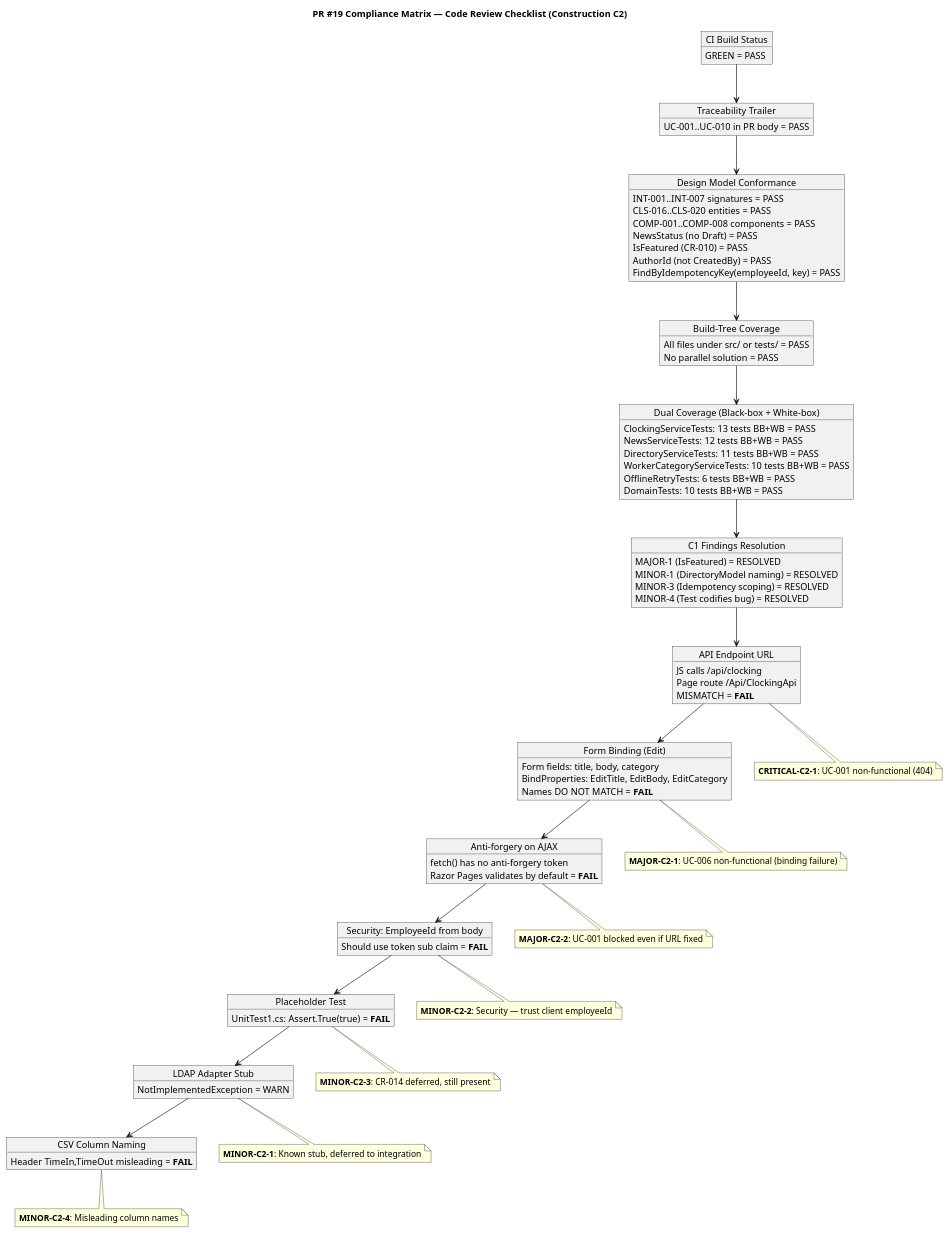
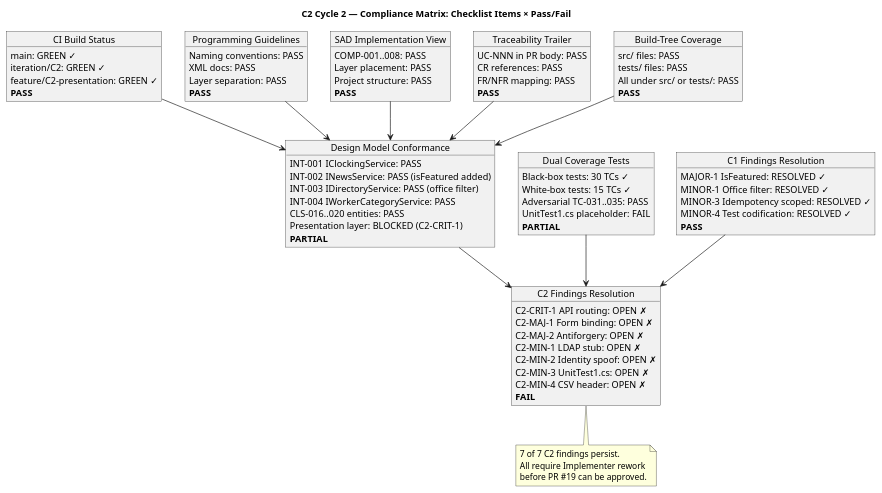
One commit to banense-test/portal-cuba-corp changed the first of 3 diagrams in docs/artifacts/project-management/review-record.md. Above: the diagram before and after it, drawn with PlantUML. The commit also changed other lines of this file, not shown here.

First line of the commit message:
Reviewer [C2]: upsert Review Record

````diff
--- a/docs/artifacts/project-management/review-record.md
+++ b/docs/artifacts/project-management/review-record.md
@@ -49,91 +87,96 @@
 ```plantuml
 @startuml
-title PR #19 Compliance Matrix — Code Review Checklist (Construction C2)
+title C2 Cycle 2 — Compliance Matrix: Checklist Items × Pass/Fail
 
 skinparam classAttributeIconSize 0
 skinparam monochrome false
-skinparam shadowing false
 
 object "CI Build Status" as CI {
-  GREEN = PASS
-}
-object "Traceability Trailer" as TT {
-  UC-001..UC-010 in PR body = PASS
-}
-object "Design Model Conformance" as DM {
-  INT-001..INT-007 signatures = PASS
-  CLS-016..CLS-020 entities = PASS
-  COMP-001..COMP-008 components = PASS
-  NewsStatus (no Draft) = PASS
-  IsFeatured (CR-010) = PASS
-  AuthorId (not CreatedBy) = PASS
-  FindByIdempotencyKey(employeeId, key) = PASS
-}
-object "Build-Tree Coverage" as BT {
-  All files under src/ or tests/ = PASS
-  No parallel solution = PASS
-}
-object "Dual Coverage (Black-box + White-box)" as DC {
-  ClockingServiceTests: 13 tests BB+WB = PASS
-  NewsServiceTests: 12 tests BB+WB = PASS
-  DirectoryServiceTests: 11 tests BB+WB = PASS
-  WorkerCategoryServiceTests: 10 tests BB+WB = PASS
-  OfflineRetryTests: 6 tests BB+WB = PASS
-  DomainTests: 10 tests BB+WB = PASS
-}
-object "C1 Findings Resolution" as C1F {
-  MAJOR-1 (IsFeatured) = RESOLVED
-  MINOR-1 (DirectoryModel naming) = RESOLVED
-  MINOR-3 (Idempotency scoping) = RESOLVED
-  MINOR-4 (Test codifies bug) = RESOLVED
-}
-object "API Endpoint URL" as URL {
-  JS calls /api/clocking
-  Page route /Api/ClockingApi
-  MISMATCH = **FAIL**
-}
-object "Form Binding (Edit)" as FB {
-  Form fields: title, body, category
-  BindProperties: EditTitle, EditBody, EditCategory
-  Names DO NOT MATCH = **FAIL**
-}
-object "Anti-forgery on AJAX" as AF {
-  fetch() has no anti-forgery token
-  Razor Pages validates by default = **FAIL**
-}
-object "Security: EmployeeId from body" as SEC {
-  Should use token sub claim = **FAIL**
-}
-object "Placeholder Test" as PT {
-  UnitTest1.cs: Assert.True(true) = **FAIL**
-}
-object "LDAP Adapter Stub" as LDAP {
-  NotImplementedException = WARN
-}
-object "CSV Column Naming" as CSV {
-  Header TimeIn,TimeOut misleading = **FAIL**
+  main: GREEN ✓
+  iteration/C2: GREEN ✓
+  feature/C2-presentation: GREEN ✓
+  **PASS**
 }
 
-CI --> TT
-TT --> DM
-DM --> BT
-BT --> DC
-DC --> C1F
-C1F --> URL
-URL --> FB
-FB --> AF
-AF --> SEC
-SEC --> PT
-PT --> LDAP
-LDAP --> CSV
+object "Programming Guidelines" as PG {
+  Naming conventions: PASS
+  XML docs: PASS
+  Layer separation: PASS
+  **PASS**
+}
 
-note bottom of URL : **CRITICAL-C2-1**: UC-001 non-functional (404)
-note bottom of FB : **MAJOR-C2-1**: UC-006 non-functional (binding failure)
-note bottom of AF : **MAJOR-C2-2**: UC-001 blocked even if URL fixed
-note bottom of SEC : **MINOR-C2-2**: Security — trust client employeeId
-note bottom of PT : **MINOR-C2-3**: CR-014 deferred, still present
-note bottom of LDAP : **MINOR-C2-1**: Known stub, deferred to integration
-note bottom of CSV : **MINOR-C2-4**: Misleading column names
+object "Dual Coverage Tests" as DCT {
+  Black-box tests: 30 TCs ✓
+  White-box tests: 15 TCs ✓
+  Adversarial TC-031..035: PASS
+  UnitTest1.cs placeholder: FAIL
+  **PARTIAL**
+}
+
+object "Design Model Conformance" as DMC {
+  INT-001 IClockingService: PASS
+  INT-002 INewsService: PASS (isFeatured added)
+  INT-003 IDirectoryService: PASS (office filter)
+  INT-004 IWorkerCategoryService: PASS
+  CLS-016..020 entities: PASS
+  Presentation layer: BLOCKED (C2-CRIT-1)
+  **PARTIAL**
+}
+
+object "SAD Implementation View" as SAD {
+  COMP-001..008: PASS
+  Layer placement: PASS
+  Project structure: PASS
+  **PASS**
+}
+
+object "Traceability Trailer" as TT {
+  UC-NNN in PR body: PASS
+  CR references: PASS
+  FR/NFR mapping: PASS
+  **PASS**
+}
+
+object "Build-Tree Coverage" as BTC {
+  src/ files: PASS
+  tests/ files: PASS
+  All under src/ or tests/: PASS
+  **PASS**
+}
+
+object "C1 Findings Resolution" as C1R {
+  MAJOR-1 IsFeatured: RESOLVED ✓
+  MINOR-1 Office filter: RESOLVED ✓
+  MINOR-3 Idempotency scoped: RESOLVED ✓
+  MINOR-4 Test codification: RESOLVED ✓
+  **PASS**
+}
+
+object "C2 Findings Resolution" as C2R {
+  C2-CRIT-1 API routing: OPEN ✗
+  C2-MAJ-1 Form binding: OPEN ✗
+  C2-MAJ-2 Antiforgery: OPEN ✗
+  C2-MIN-1 LDAP stub: OPEN ✗
+  C2-MIN-2 Identity spoof: OPEN ✗
+  C2-MIN-3 UnitTest1.cs: OPEN ✗
+  C2-MIN-4 CSV header: OPEN ✗
+  **FAIL**
+}
+
+CI --> DMC
+PG --> DMC
+DCT --> C2R
+DMC --> C2R
+SAD --> DMC
+TT --> DMC
+BTC --> DMC
+C1R --> C2R
+
+note bottom of C2R
+  7 of 7 C2 findings persist.
+  All require Implementer rework
+  before PR #19 can be approved.
+end note
 
 @enduml
 ```
````
